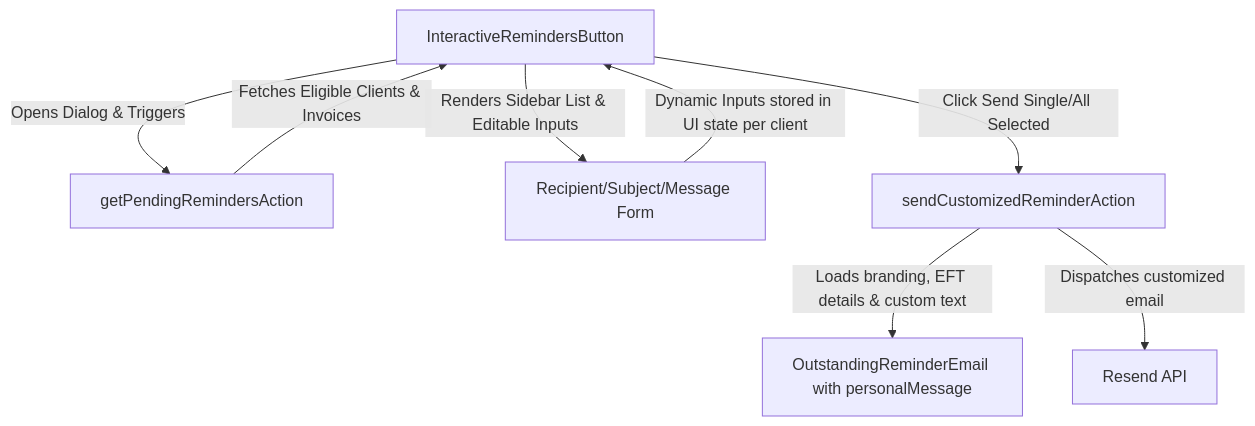
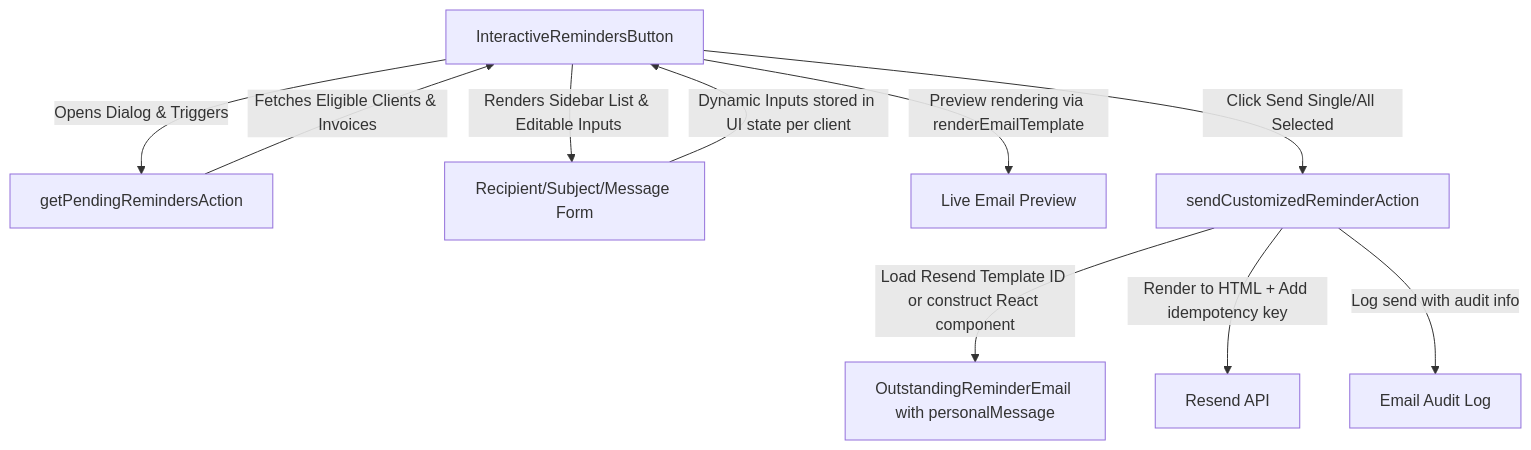
One commit to jchademwiri/pmg-hub changed the second of 4 diagrams in docs/implementation-plans/interactive_overdue_reminders_plan.md. Above: the diagram before and after it, drawn with Mermaid. The commit also changed other lines of this file, not shown here.

Commit message:
docs: Update interactive reminders plan with improvements and Resend template optimization (dev branch)

````diff
--- a/docs/implementation-plans/interactive_overdue_reminders_plan.md
+++ b/docs/implementation-plans/interactive_overdue_reminders_plan.md
@@ -32,10 +33,12 @@
 ```mermaid
 graph TD
     UI[InteractiveRemindersButton] -- Opens Dialog & Triggers --> FetchAction[getPendingRemindersAction]
     FetchAction -- Fetches Eligible Clients & Invoices --> UI
     UI -- Renders Sidebar List & Editable Inputs --> Form[Recipient/Subject/Message Form]
     Form -- Dynamic Inputs stored in UI state per client --> UI
+    UI -- Preview rendering via renderEmailTemplate --> PreviewPane[Live Email Preview]
     UI -- Click Send Single/All Selected --> SendAction[sendCustomizedReminderAction]
-    SendAction -- Loads branding, EFT details & custom text --> EmailTemplate[OutstandingReminderEmail with personalMessage]
-    SendAction -- Dispatches customized email --> Resend[Resend API]
+    SendAction -- Load Resend Template ID or construct React component --> EmailTemplate[OutstandingReminderEmail with personalMessage]
+    SendAction -- Render to HTML + Add idempotency key --> Resend[Resend API]
+    SendAction -- Log send with audit info --> AuditLog[Email Audit Log]
 ```
````
